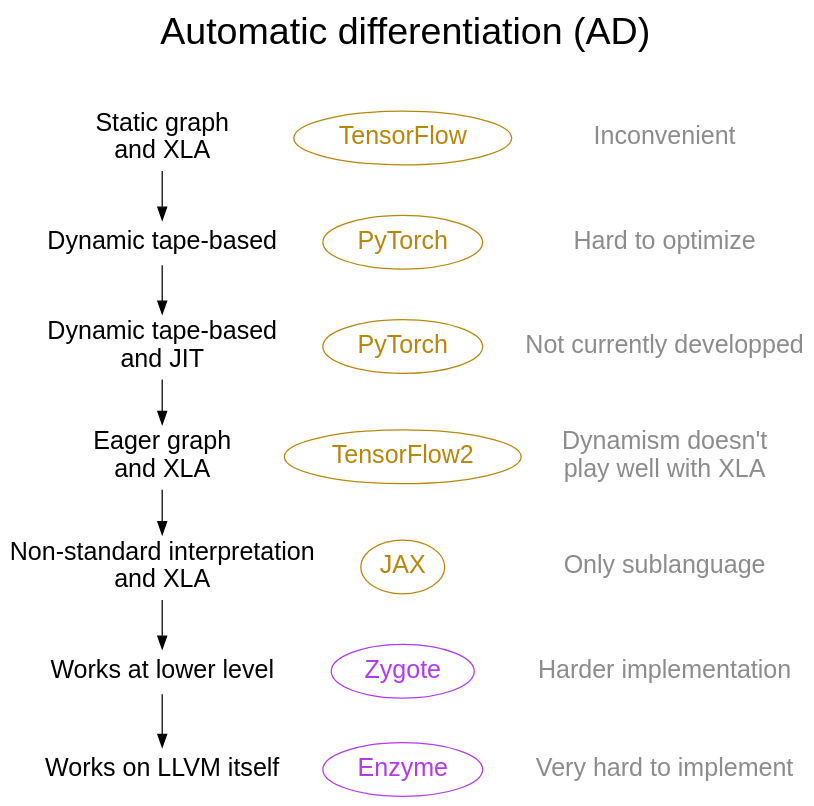
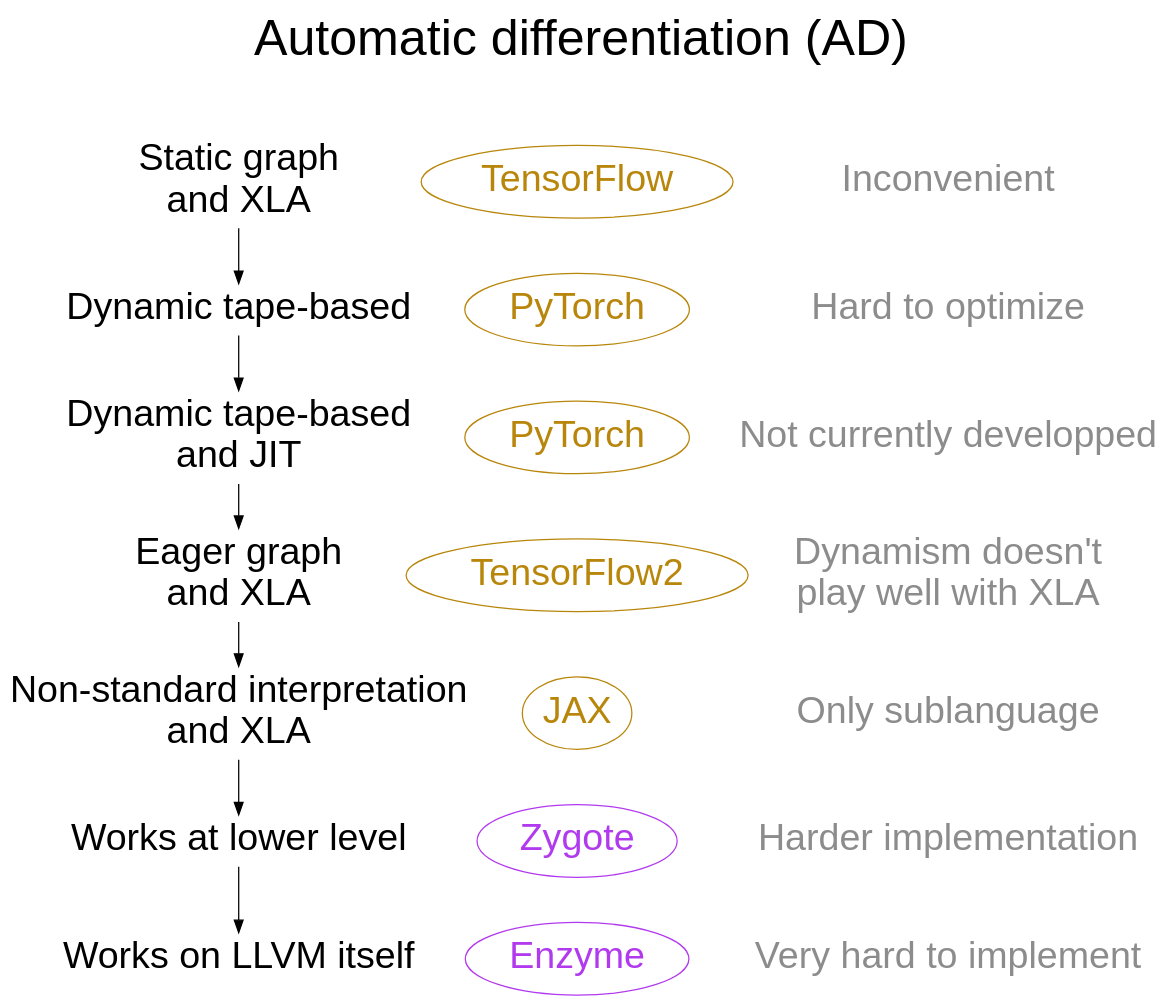
One commit to WestDRI/arc-training changed diagram 24 of 24 in ai/wb_frameworks_content.qmd. Above: the diagram before and after it, drawn with Graphviz. The commit also changed other lines of this file and 2 other files, not shown here.

````diff
--- a/ai/wb_frameworks_content.qmd
+++ b/ai/wb_frameworks_content.qmd
@@ -1290,58 +1293,58 @@
 ```{dot}
 //| echo: false
 
 strict digraph {
 
 bgcolor="transparent"
 graph [fontname="Inconsolata, sans-serif"]
-node [fontname="Inconsolata, sans-serif", fontsize=20]
+node [fontname="Inconsolata, sans-serif", fontsize=30]
 label="Automatic differentiation (AD)\n\n"
-fontsize=30
+fontsize=40
 labelloc=t
 
 1 [label="Static graph\nand XLA", shape=plaintext, group=g1]
 2 [label="Dynamic tape-based", shape=plaintext, group=g1]
 3 [label="Dynamic tape-based\nand JIT", shape=plaintext, group=g1]
 4 [label="Eager graph\nand XLA", shape=plaintext, group=g1]
 5 [label="Non-standard interpretation\nand XLA", shape=plaintext, group=g1]
 6 [label="Works at lower level", shape=plaintext, group=g1]
 7 [label="Works on LLVM itself", shape=plaintext, group=g1]
 
 a [label="TensorFlow", shape=plaintext, fontcolor=darkgoldenrod, color=darkgoldenrod, group=g2, shape=oval]
 b [label="PyTorch", shape=plaintext, fontcolor=darkgoldenrod, color=darkgoldenrod, group=g2, shape=oval]
 c [label="PyTorch", shape=plaintext, fontcolor=darkgoldenrod, color=darkgoldenrod, group=g2, shape=oval]
 d [label="TensorFlow2", shape=plaintext, fontcolor=darkgoldenrod, color=darkgoldenrod, group=g2, shape=oval]
 e [label="JAX", shape=plaintext, fontcolor=darkgoldenrod, color=darkgoldenrod, group=g2, shape=oval]
 f [label="Zygote", shape=plaintext, fontcolor=darkorchid2, color=darkorchid2, group=g2, shape=oval]
 g [label="Enzyme", shape=plaintext, fontcolor=darkorchid2, color=darkorchid2, group=g2, shape=oval]
 
 A [label="Inconvenient", shape=plaintext, fontcolor=gray55, group=g3]
 B [label="Hard to optimize", shape=plaintext, fontcolor=gray55, group=g3]
 C [label="Not currently developped", shape=plaintext, fontcolor=gray55, group=g3]
 D [label="Dynamism doesn't\nplay well with XLA", shape=plaintext, fontcolor=gray55, group=g3]
 E [label="Only sublanguage", shape=plaintext, fontcolor=gray55, group=g3]
 F [label="Harder implementation", shape=plaintext, fontcolor=gray55, group=g3]
 G [label="Very hard to implement", shape=plaintext, fontcolor=gray55, group=g3]
 
 {rank=same; 1 a A}
 {rank=same; 2 b B}
 {rank=same; 3 c C}
 {rank=same; 4 d D}
 {rank=same; 5 e E}
 {rank=same; 6 f F}
 {rank=same; 7 g G}
 
 1 -> a -> A [style=invis]
 2 -> b -> B [style=invis]
 3 -> c -> C [style=invis]
 4 -> d -> D [style=invis]
 5 -> e -> E [style=invis]
 6 -> f -> F [style=invis]
 7 -> g -> G [style=invis]
 
 1 -> 2 -> 3 -> 4 -> 5 -> 6 -> 7
 a -> b -> c -> d -> e -> f -> g [style=invis]
 A -> B -> C -> D -> E -> F -> G [style=invis]
 
 }
 ```
````
